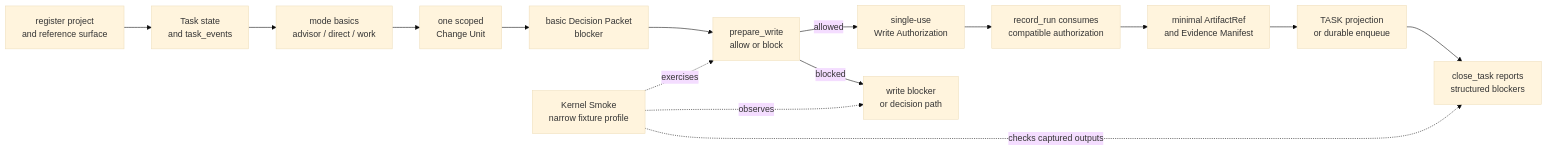
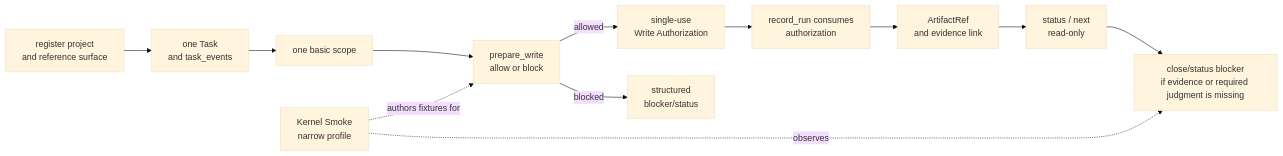
Before and after one commit to minjungw00/Volicord: the second of 2 diagrams in docs/en/build/mvp-plan.md, drawn with Mermaid (base theme). The commit also changed other lines of this file and 43 other files, not shown here.

````diff
--- a/docs/en/build/mvp-plan.md
+++ b/docs/en/build/mvp-plan.md
@@ -79,17 +78,14 @@
 ```mermaid
 flowchart LR
-  Register["register project<br/>and reference surface"] --> Task["Task state<br/>and task_events"]
-  Task --> Mode["mode basics<br/>advisor / direct / work"]
-  Mode --> ChangeUnit["one scoped<br/>Change Unit"]
-  ChangeUnit --> Decision["basic Decision Packet<br/>blocker"]
-  Decision --> Prepare["prepare_write<br/>allow or block"]
+  Register["register project<br/>and reference surface"] --> Task["one Task<br/>and task_events"]
+  Task --> Scope["one basic scope"]
+  Scope --> Prepare["prepare_write<br/>allow or block"]
   Prepare -->|allowed| Authorization["single-use<br/>Write Authorization"]
-  Prepare -->|blocked| WriteBlocker["write blocker<br/>or decision path"]
-  Authorization --> Run["record_run consumes<br/>compatible authorization"]
-  Run --> Evidence["minimal ArtifactRef<br/>and Evidence Manifest"]
-  Evidence --> Projection["TASK projection<br/>or durable enqueue"]
-  Projection --> Close["close_task reports<br/>structured blockers"]
-  Smoke["Kernel Smoke<br/>narrow fixture profile"] -. "exercises" .-> Prepare
-  Smoke -. "observes" .-> WriteBlocker
-  Smoke -. "checks captured outputs" .-> Close
+  Prepare -->|blocked| Blocker["structured<br/>blocker/status"]
+  Authorization --> Run["record_run consumes<br/>authorization"]
+  Run --> Evidence["ArtifactRef<br/>and evidence link"]
+  Evidence --> Status["status / next<br/>read-only"]
+  Status --> Close["close/status blocker<br/>if evidence or required judgment is missing"]
+  Smoke["Kernel Smoke<br/>narrow profile"] -. "authors fixtures for" .-> Prepare
+  Smoke -. "observes" .-> Close
 ```
````
